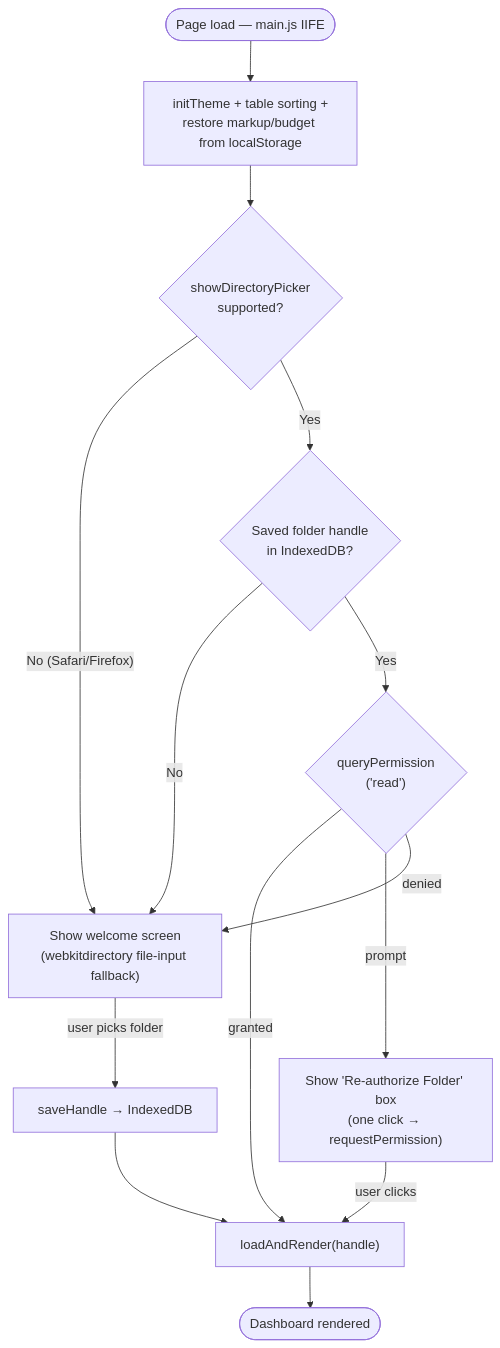
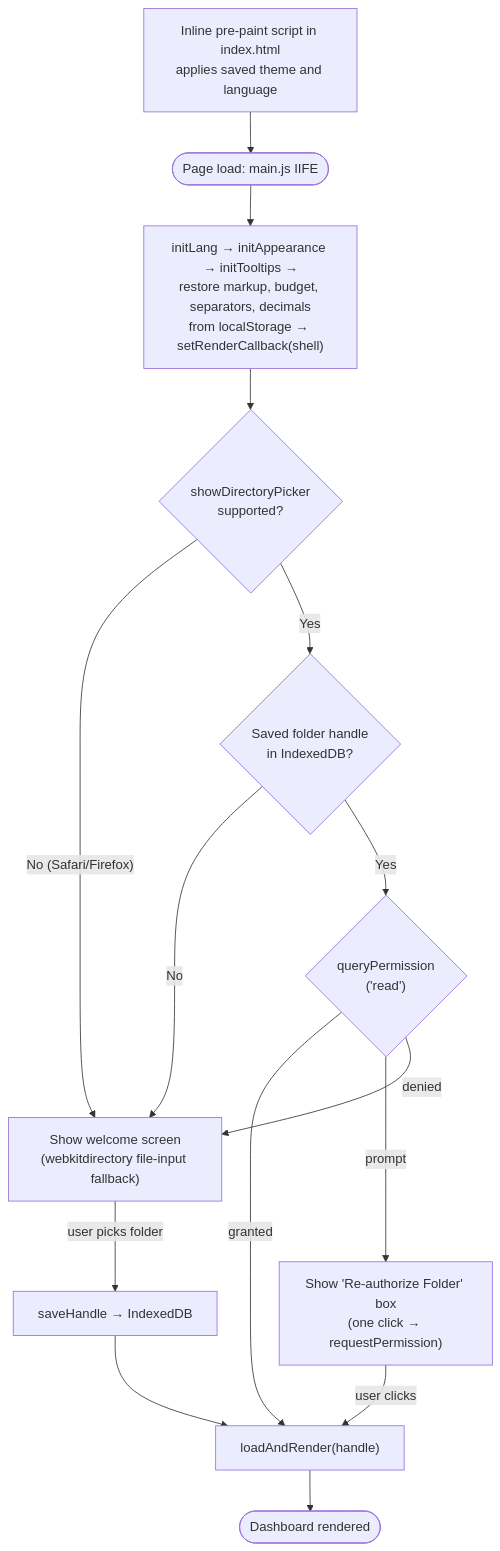
One commit to Procisz/clauditor changed the second of 5 diagrams in ARCHITECTURE.md. Above: the diagram before and after it, drawn with Mermaid. The commit also changed other lines of this file and 148 other files, not shown here.

````diff
--- a/ARCHITECTURE.md
+++ b/ARCHITECTURE.md
@@ -48,19 +48,20 @@
 ```mermaid
 flowchart TD
-    start(["Page load — main.js IIFE"]) --> theme["initTheme + table sorting +<br/>restore markup/budget from localStorage"]
+    prepaint["Inline pre-paint script in index.html<br/>applies saved theme and language"] --> start
+    start(["Page load: main.js IIFE"]) --> theme["initLang → initAppearance → initTooltips →<br/>restore markup, budget, separators, decimals<br/>from localStorage → setRenderCallback(shell)"]
     theme --> supported{"showDirectoryPicker<br/>supported?"}
 
     supported -- "No (Safari/Firefox)" --> welcome["Show welcome screen<br/>(webkitdirectory file-input fallback)"]
     supported -- Yes --> handle{"Saved folder handle<br/>in IndexedDB?"}
 
     handle -- No --> welcome
     handle -- Yes --> perm{"queryPermission<br/>('read')"}
 
     perm -- granted --> load["loadAndRender(handle)"]
     perm -- prompt --> reauth["Show 'Re-authorize Folder' box<br/>(one click → requestPermission)"]
     perm -- denied --> welcome
 
     reauth -- "user clicks" --> load
     welcome -- "user picks folder" --> save["saveHandle → IndexedDB"] --> load
     load --> dash(["Dashboard rendered"])
 ```
````
